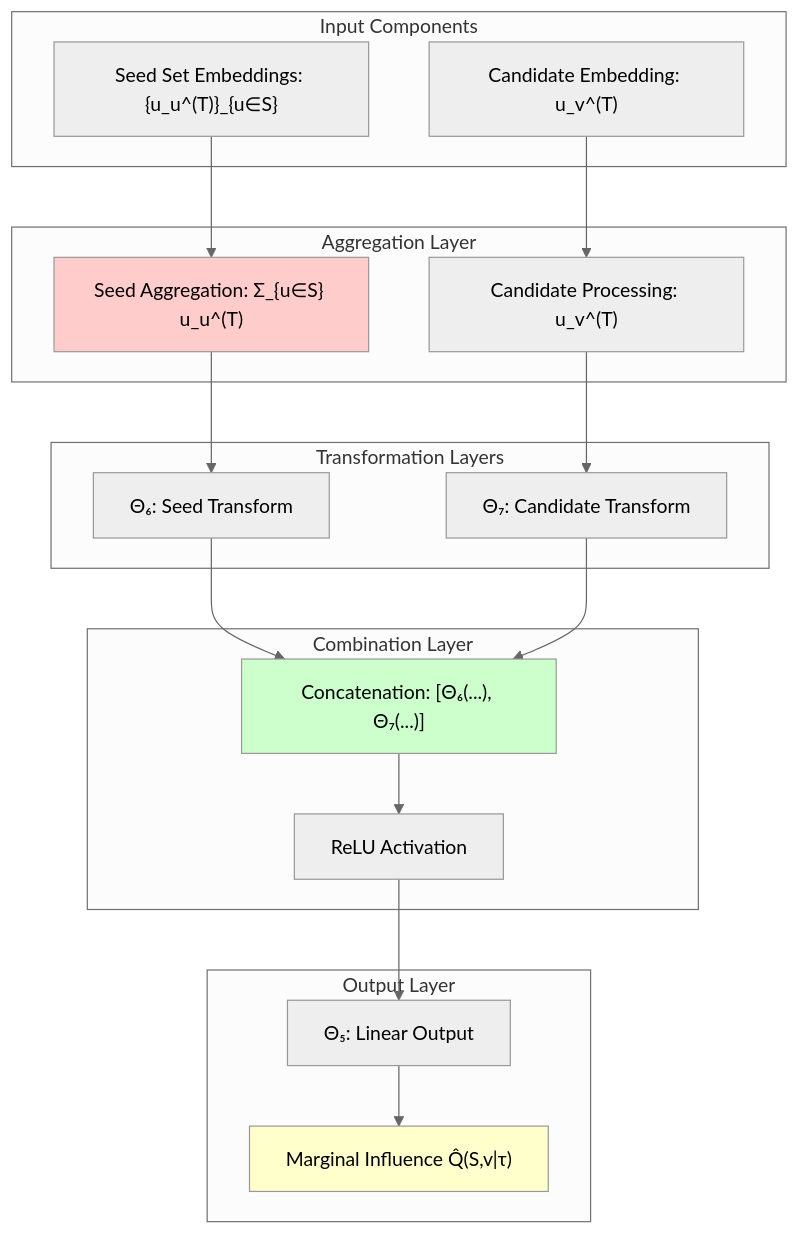
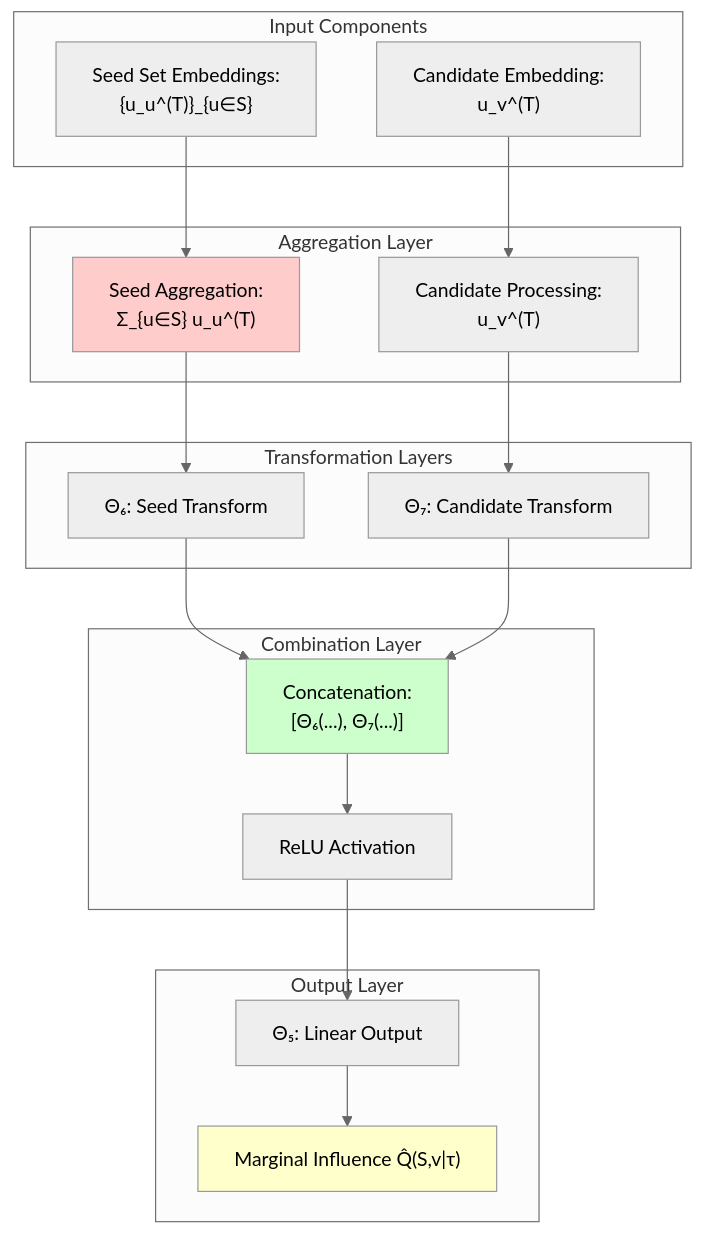
One commit to drtoramakrishna/drl-tim changed the ninth of 19 diagrams in literature_survey/04_system_diagrams.md. Above: the diagram before and after it, drawn with Mermaid (neutral theme). The commit also changed other lines of this file and 2 other files, not shown here.

````diff
--- a/literature_survey/04_system_diagrams.md
+++ b/literature_survey/04_system_diagrams.md
@@ -395,44 +395,44 @@
 ```mermaid
 graph TB
     subgraph "Input Components"
-        A["Seed Set Embeddings: {u_u^(T)}_{u∈S}"]
-        B["Candidate Embedding: u_v^(T)"]
+        A["Seed Set Embeddings:<br> {u_u^(T)}_{u∈S}"]
+        B["Candidate Embedding:<br> u_v^(T)"]
     end
     
     subgraph "Aggregation Layer"
-        C["Seed Aggregation: Σ_{u∈S} u_u^(T)"]
-        D["Candidate Processing: u_v^(T)"]
+        C["Seed Aggregation:<br> Σ_{u∈S} u_u^(T)"]
+        D["Candidate Processing:<br> u_v^(T)"]
     end
     
     subgraph "Transformation Layers"
         E["Θ₆: Seed Transform"]
         F["Θ₇: Candidate Transform"]
     end
     
     subgraph "Combination Layer"
-        G["Concatenation: [Θ₆(...), Θ₇(...)]"]
+        G["Concatenation:<br> [Θ₆(...), Θ₇(...)]"]
         H["ReLU Activation"]
     end
     
     subgraph "Output Layer"
         I["Θ₅: Linear Output"]
         J["Marginal Influence Q̂(S,v|τ)"]
     end
     
     A --> C
     B --> D
     
     C --> E
     D --> F
     
     E --> G
     F --> G
     
     G --> H
     H --> I
     I --> J
     
     style C fill:#ffcccc
     style G fill:#ccffcc
     style J fill:#ffffcc
 ```
````
